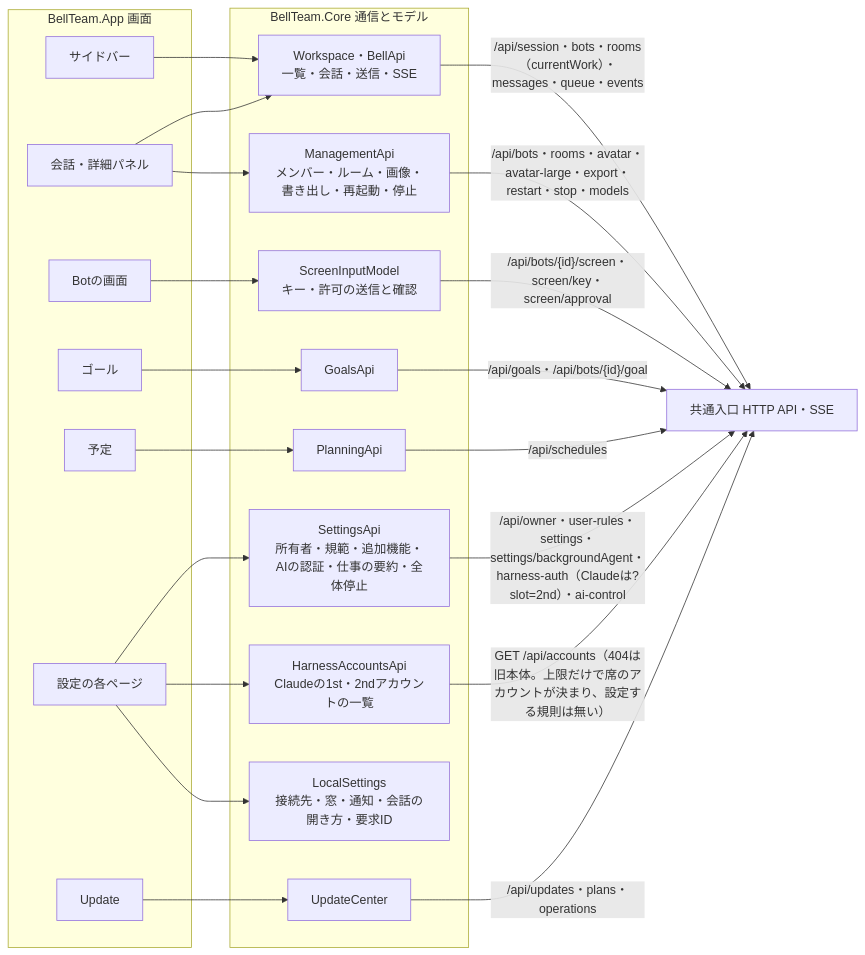
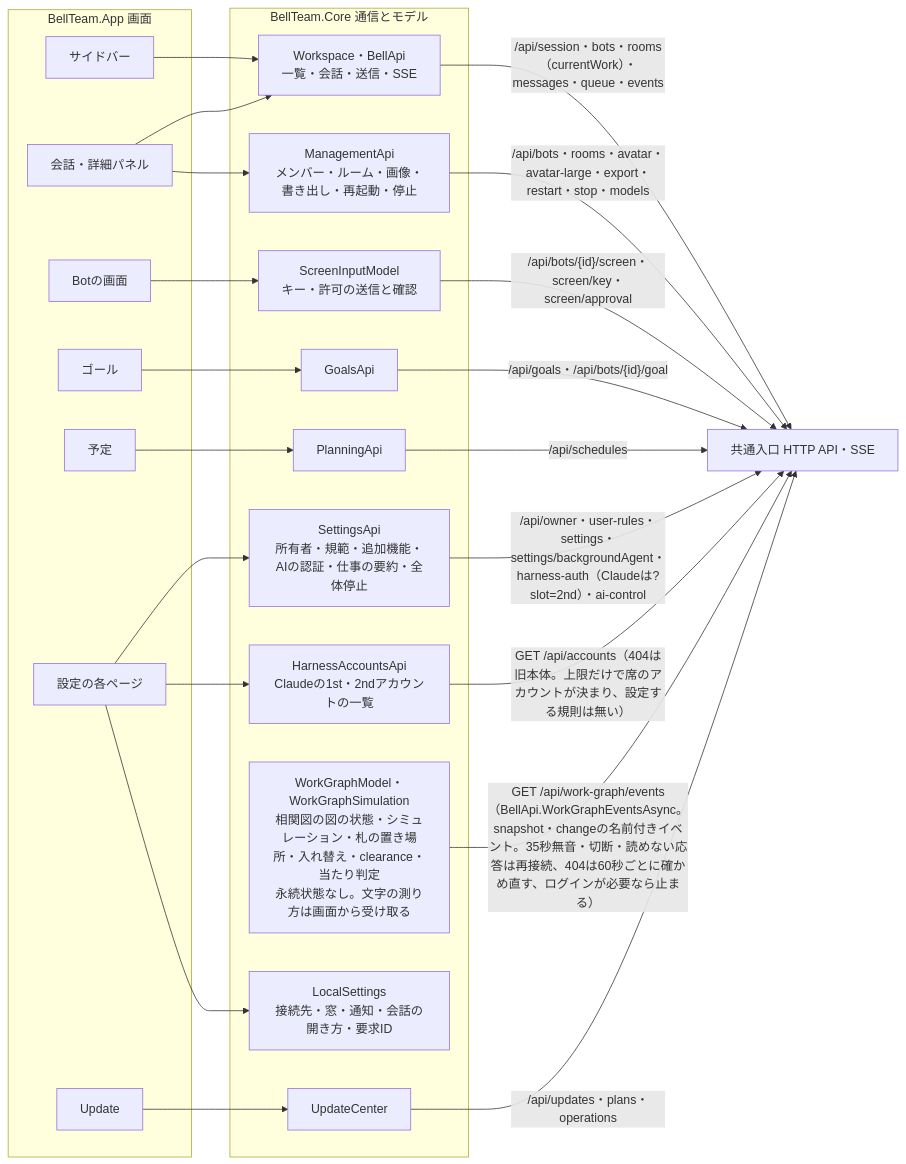
The fourth of 6 diagrams in docs/windows-architecture.md (kitepon/BellTeam), drawn with Mermaid before and after one commit. The commit also changed other lines of this file and 1 other file, not shown here.

Commit message:
docs: Windows work-graph model (13a) in the current diagram and gap list

````diff
--- a/docs/windows-architecture.md
+++ b/docs/windows-architecture.md
@@ -78,41 +78,43 @@
 ```mermaid
 flowchart LR
   subgraph App[BellTeam.App 画面]
     A1[サイドバー]
     A2[会話・詳細パネル]
     A3[Botの画面]
     A4[ゴール]
     A5[予定]
     A6[設定の各ページ]
     A7[Update]
   end
   subgraph Core[BellTeam.Core 通信とモデル]
     C1[Workspace・BellApi<br/>一覧・会話・送信・SSE]
     C2[ManagementApi<br/>メンバー・ルーム・画像・書き出し・再起動・停止]
     C3[ScreenInputModel<br/>キー・許可の送信と確認]
     C4[GoalsApi]
     C5[PlanningApi]
     C6[SettingsApi<br/>所有者・規範・追加機能・AIの認証・仕事の要約・全体停止]
     C9[HarnessAccountsApi<br/>Claudeの1st・2ndアカウントの一覧]
+    C10[WorkGraphModel・WorkGraphSimulation<br/>相関図の図の状態・シミュレーション・札の置き場所・入れ替え・clearance・当たり判定<br/>永続状態なし。文字の測り方は画面から受け取る]
     C7[UpdateCenter]
     C8[LocalSettings<br/>接続先・窓・通知・会話の開き方・要求ID]
   end
   A1 --> C1
   A2 --> C1
   A2 --> C2
   A3 --> C3
   A4 --> C4
   A5 --> C5
   A6 --> C6
   A6 --> C9
   A6 --> C8
   A7 --> C7
   C1 -->|"/api/session・bots・rooms（currentWork）・messages・queue・events"| API[共通入口 HTTP API・SSE]
   C2 -->|"/api/bots・rooms・avatar・avatar-large・export・restart・stop・models"| API
   C3 -->|"/api/bots/{id}/screen・screen/key・screen/approval"| API
   C4 -->|"/api/goals・/api/bots/{id}/goal"| API
   C5 -->|"/api/schedules"| API
   C6 -->|"/api/owner・user-rules・settings・settings/backgroundAgent・harness-auth（Claudeは?slot=2nd）・ai-control"| API
   C7 -->|"/api/updates・plans・operations"| API
   C9 -->|"GET /api/accounts（404は旧本体。上限だけで席のアカウントが決まり、設定する規則は無い）"| API
+  C10 -->|"GET /api/work-graph/events（BellApi.WorkGraphEventsAsync。snapshot・changeの名前付きイベント。35秒無音・切断・読めない応答は再接続、404は60秒ごとに確かめ直す、ログインが必要なら止まる）"| API
 ```
````
